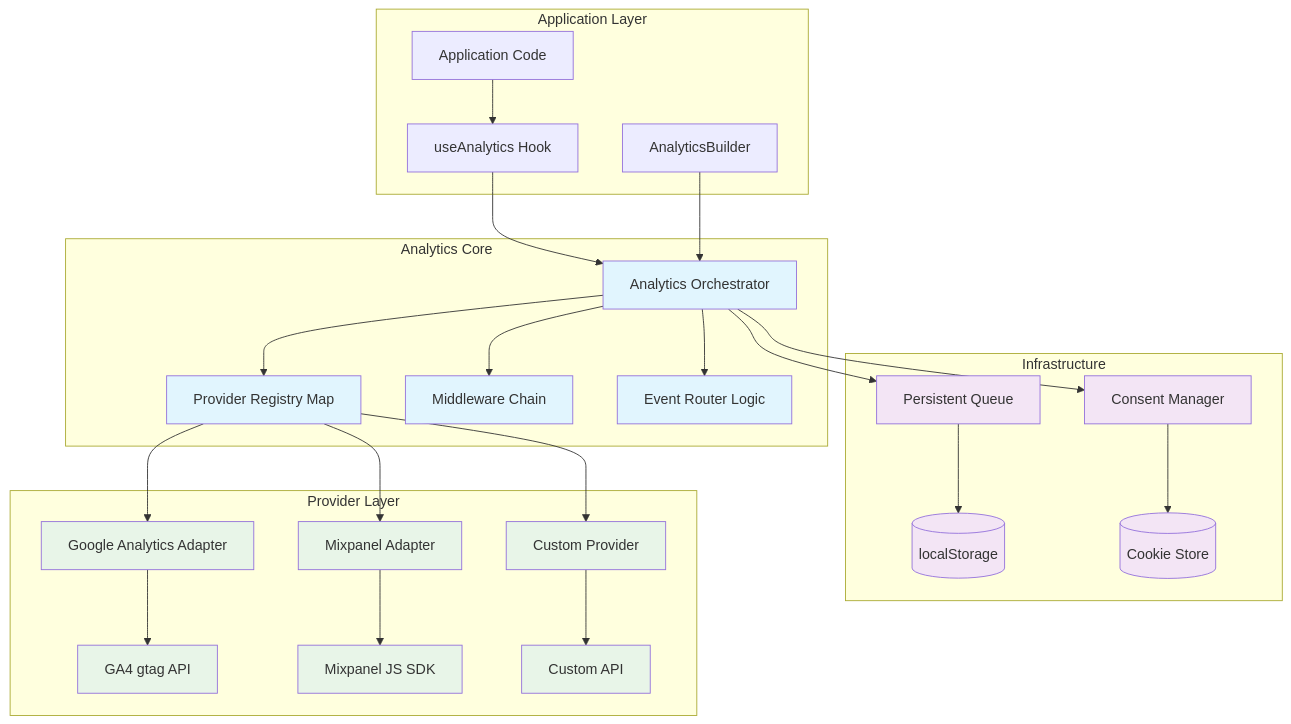
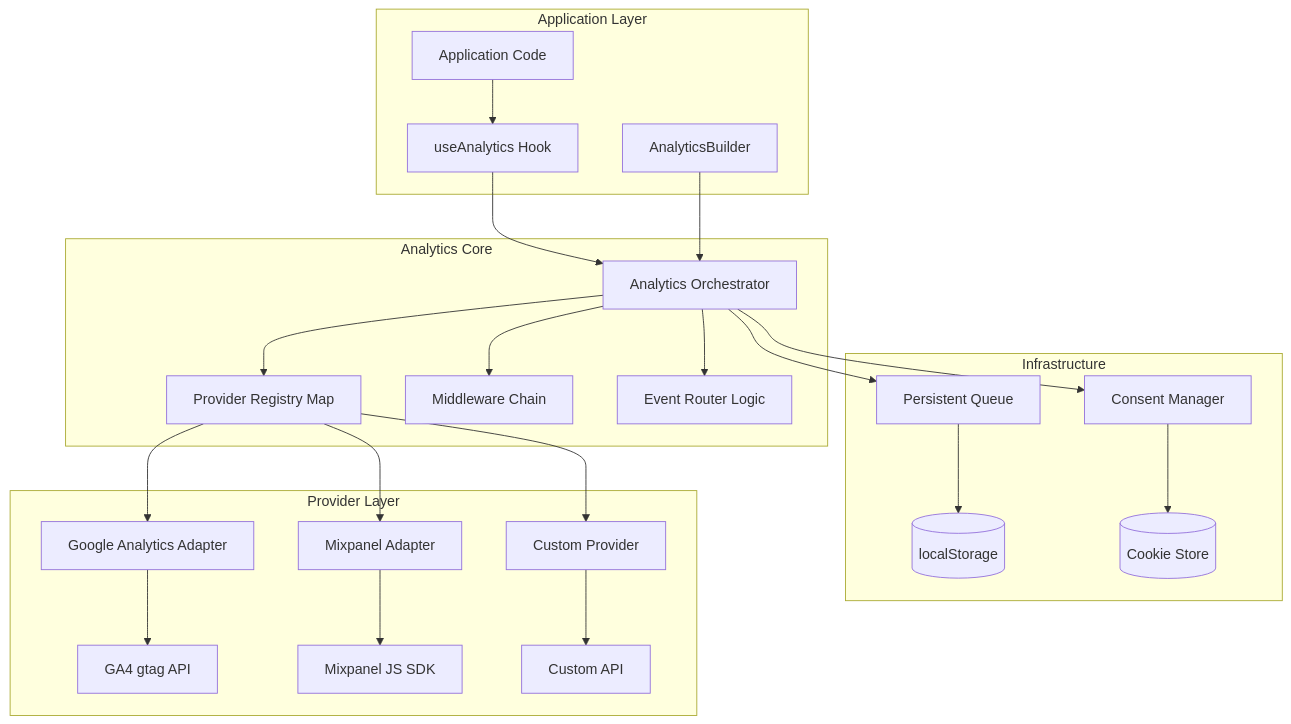
The first of 9 diagrams in docs/analytics-architecture.md (safe-global/safe-wallet-monorepo), drawn with Mermaid before and after one commit. The commit also changed other lines of this file, not shown here.

First line of the commit message:
docs(analytics): enhance architecture documentation and diagrams

````diff
--- a/docs/analytics-architecture.md
+++ b/docs/analytics-architecture.md
@@ -11,64 +11,56 @@
 ```mermaid
 graph TB
     subgraph "Application Layer"
         App[Application Code]
         Hook[useAnalytics Hook]
         Builder[AnalyticsBuilder]
     end
-    
+
     subgraph "Analytics Core"
         Analytics[Analytics Orchestrator]
         ProviderMap[Provider Registry Map]
         MiddlewareChain[Middleware Chain]
         Router[Event Router Logic]
     end
-    
+
     subgraph "Infrastructure"
         Queue[Persistent Queue]
         Consent[Consent Manager]
         Storage[(localStorage)]
         CookieStore[(Cookie Store)]
     end
-    
+
     subgraph "Provider Layer"
         Provider1[Google Analytics Adapter]
         Provider2[Mixpanel Adapter]
         Provider3[Custom Provider]
         GA4[GA4 gtag API]
         MP[Mixpanel JS SDK]
         CustomAPI[Custom API]
     end
-    
+
     %% Application flow
     App --> Hook
     Hook --> Analytics
     Builder --> Analytics
-    
+
     %% Core orchestration
     Analytics --> ProviderMap
     Analytics --> MiddlewareChain
     Analytics --> Router
     Analytics --> Queue
     Analytics --> Consent
-    
+
     %% Infrastructure connections
     Queue --> Storage
     Consent --> CookieStore
-    
+
     %% Provider connections
     ProviderMap --> Provider1
     ProviderMap --> Provider2
     ProviderMap --> Provider3
     Provider1 --> GA4
     Provider2 --> MP
     Provider3 --> CustomAPI
-    
-    %% Event flow styling
-    classDef coreClass fill:#e1f5fe
-    classDef infraClass fill:#f3e5f5
-    classDef providerClass fill:#e8f5e8
-    
-    class Analytics,ProviderMap,MiddlewareChain,Router coreClass
-    class Queue,Consent,Storage,CookieStore infraClass
-    class Provider1,Provider2,Provider3,GA4,MP,CustomAPI providerClass
+
 ```
````
